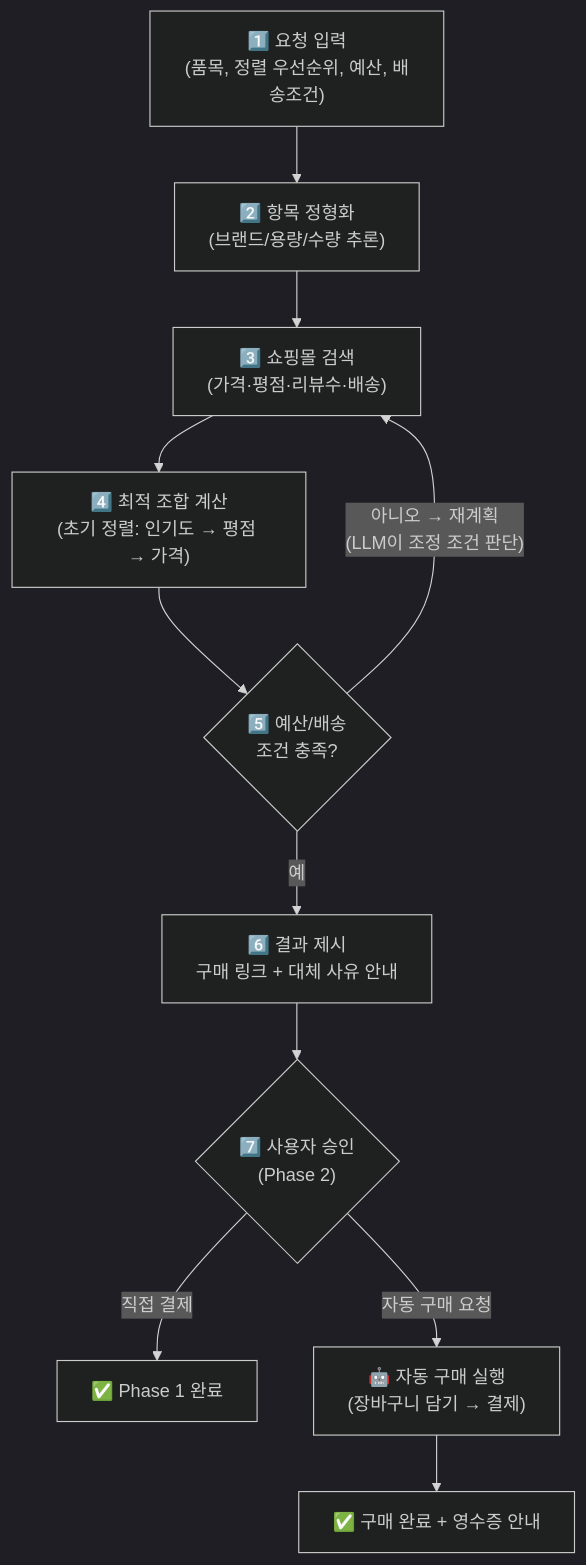
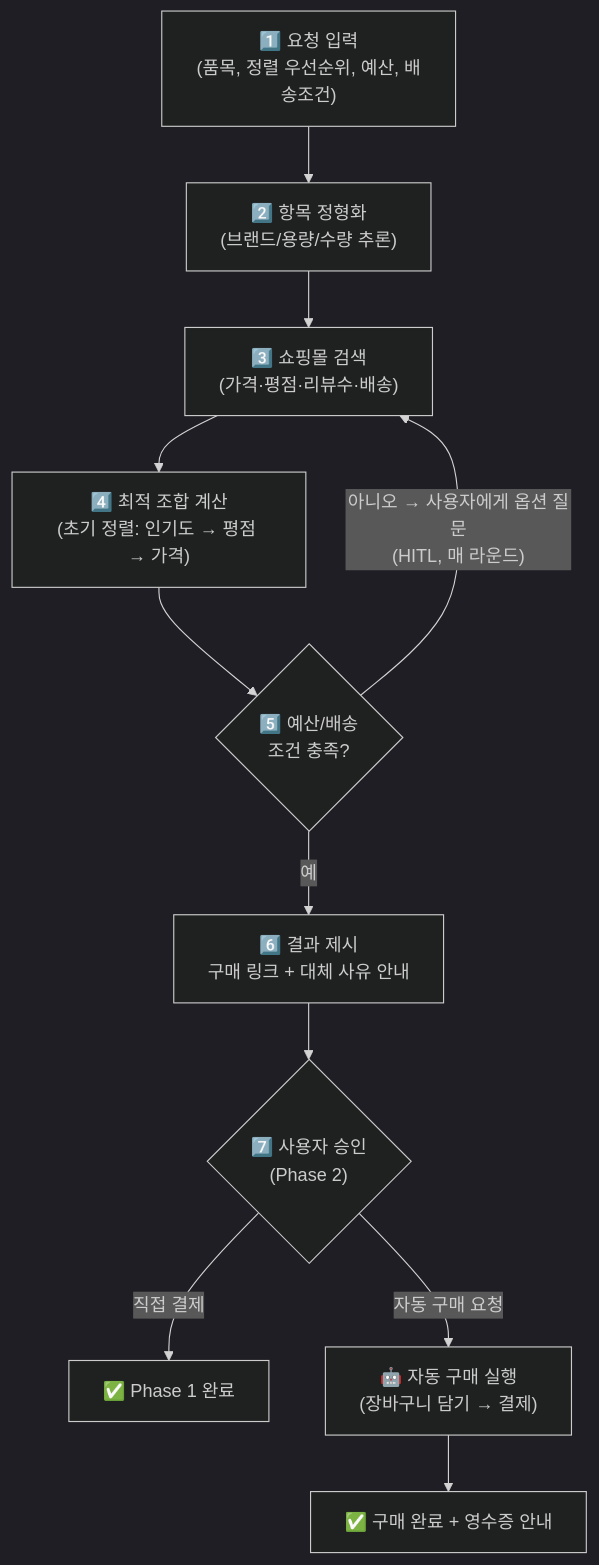
Before and after one commit to ace19-dev/SmartCart_Agent: the second of 4 diagrams in README.md, drawn with Mermaid (dark theme). The commit also changed other lines of this file and 37 other files, not shown here.

````diff
--- a/README.md
+++ b/README.md
@@ -112,13 +112,13 @@
 ```mermaid
 flowchart TD
     A["1️⃣ 요청 입력<br/>(품목, 정렬 우선순위, 예산, 배송조건)"] --> B["2️⃣ 항목 정형화<br/>(브랜드/용량/수량 추론)"]
     B --> C["3️⃣ 쇼핑몰 검색<br/>(가격·평점·리뷰수·배송)"]
     C --> D["4️⃣ 최적 조합 계산<br/>(초기 정렬: 인기도 → 평점 → 가격)"]
     D --> E{"5️⃣ 예산/배송<br/>조건 충족?"}
-    E -- "아니오 → 재계획<br/>(LLM이 조정 조건 판단)" --> C
+    E -- "아니오 → 사용자에게 옵션 질문<br/>(HITL, 매 라운드)" --> C
     E -- "예" --> F["6️⃣ 결과 제시<br/>구매 링크 + 대체 사유 안내"]
     F --> G{"7️⃣ 사용자 승인<br/>(Phase 2)"}
     G -- "직접 결제" --> H["✅ Phase 1 완료"]
     G -- "자동 구매 요청" --> I["🤖 자동 구매 실행<br/>(장바구니 담기 → 결제)"]
     I --> J["✅ 구매 완료 + 영수증 안내"]
 ```
````
